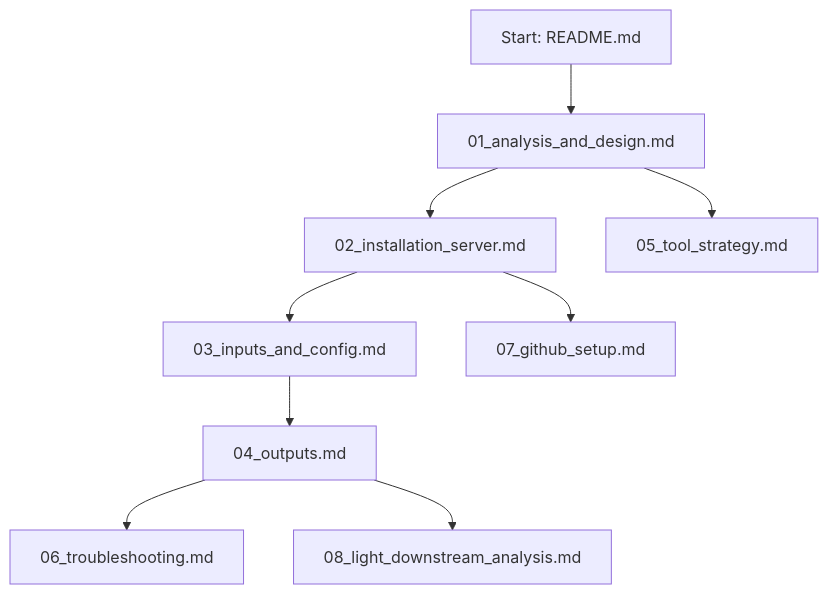
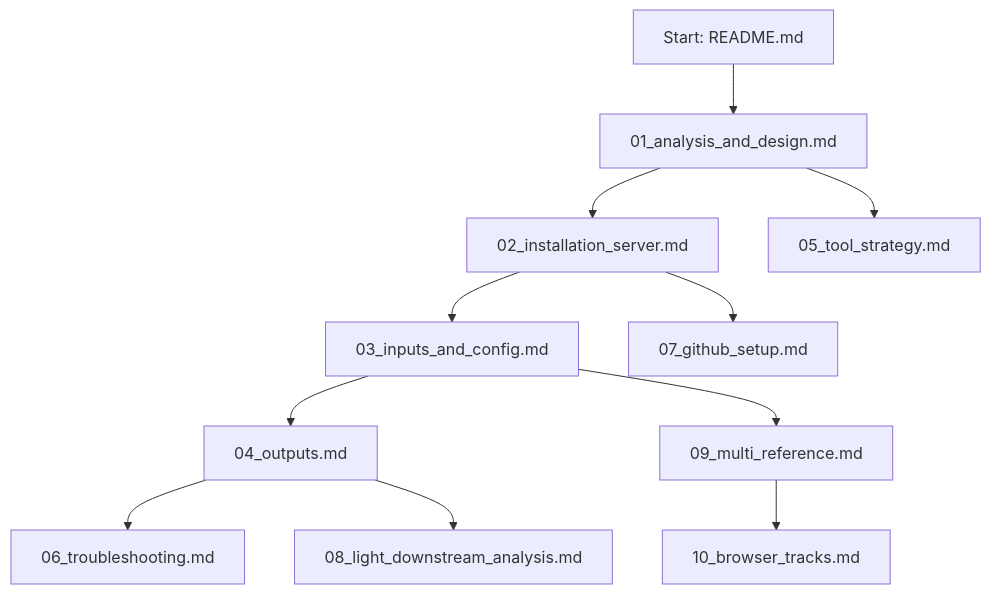
One commit to MichalGd/microc2tracks changed the diagram in docs/README.md. Above: the diagram before and after it, drawn with Mermaid. The commit also changed other lines of this file and 35 other files, not shown here.

````diff
--- a/docs/README.md
+++ b/docs/README.md
@@ -3,11 +3,13 @@
 ```mermaid
 flowchart TD
   A["Start: README.md"] --> B["01_analysis_and_design.md"]
   B --> C["02_installation_server.md"]
   C --> D["03_inputs_and_config.md"]
   D --> E["04_outputs.md"]
   B --> F["05_tool_strategy.md"]
   E --> G["06_troubleshooting.md"]
   C --> H["07_github_setup.md"]
   E --> I["08_light_downstream_analysis.md"]
+  D --> J["09_multi_reference.md"]
+  J --> K["10_browser_tracks.md"]
 ```
````
